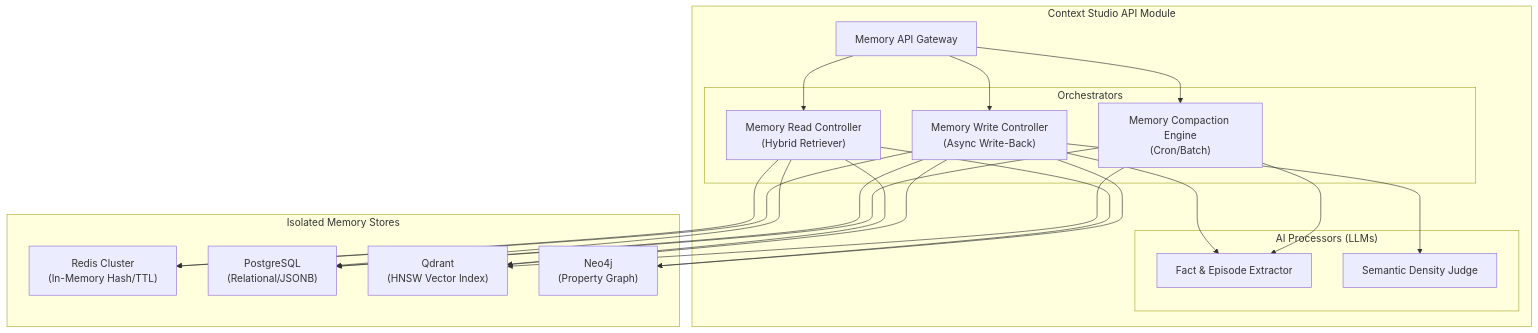
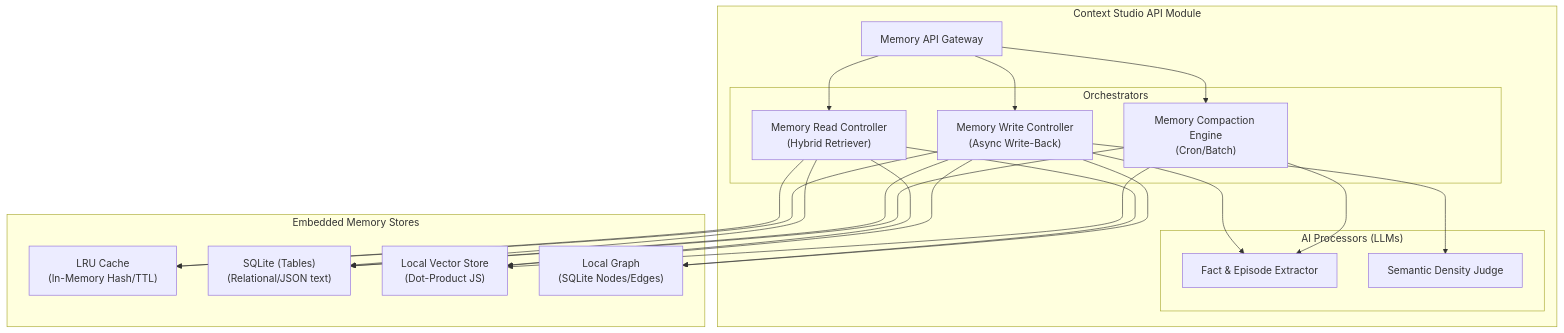
Before and after one commit to kira082/Context-Studio: the second of 2 diagrams in implementation_plan_v2.md, drawn with Mermaid. The commit also changed other lines of this file and 67 other files, not shown here.

````diff
--- a/implementation_plan_v2.md
+++ b/implementation_plan_v2.md
@@ -93,45 +91,45 @@
 ```mermaid
 graph TB
     subgraph ContextStudioModule["Context Studio API Module"]
         API_GW["Memory API Gateway"]
         
         subgraph Orchestrators["Orchestrators"]
             MRC["Memory Read Controller<br/>(Hybrid Retriever)"]
             MWC["Memory Write Controller<br/>(Async Write-Back)"]
             MCE["Memory Compaction Engine<br/>(Cron/Batch)"]
         end
         
         subgraph Processors["AI Processors (LLMs)"]
             EXT["Fact & Episode Extractor"]
             JUDGE["Semantic Density Judge"]
         end
         
         API_GW --> MRC
         API_GW --> MWC
         API_GW --> MCE
         
         MWC --> EXT
         MWC --> JUDGE
         MCE --> EXT
     end
 
-    subgraph MemoryStores["Isolated Memory Stores"]
-        RD_WM["Redis Cluster<br/>(In-Memory Hash/TTL)"]
-        PG_CM["PostgreSQL<br/>(Relational/JSONB)"]
-        QD_EM["Qdrant<br/>(HNSW Vector Index)"]
-        N4_KG["Neo4j<br/>(Property Graph)"]
+    subgraph MemoryStores["Embedded Memory Stores"]
+        LRU_WM["LRU Cache<br/>(In-Memory Hash/TTL)"]
+        SQL_CM["SQLite (Tables)<br/>(Relational/JSON text)"]
+        LOCAL_EM["Local Vector Store<br/>(Dot-Product JS)"]
+        LOCAL_KG["Local Graph<br/>(SQLite Nodes/Edges)"]
     end
 
-    MRC --> RD_WM
-    MRC --> PG_CM
-    MRC --> QD_EM
-    MRC --> N4_KG
+    MRC --> LRU_WM
+    MRC --> SQL_CM
+    MRC --> LOCAL_EM
+    MRC --> LOCAL_KG
 
-    MWC --> RD_WM
-    MWC --> PG_CM
-    MWC --> QD_EM
-    MWC --> N4_KG
+    MWC --> LRU_WM
+    MWC --> SQL_CM
+    MWC --> LOCAL_EM
+    MWC --> LOCAL_KG
 
-    MCE --> PG_CM
-    MCE --> QD_EM
+    MCE --> SQL_CM
+    MCE --> LOCAL_EM
 ```
````
